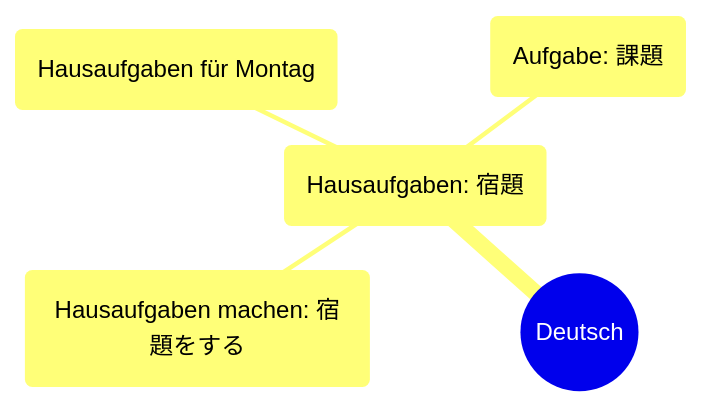
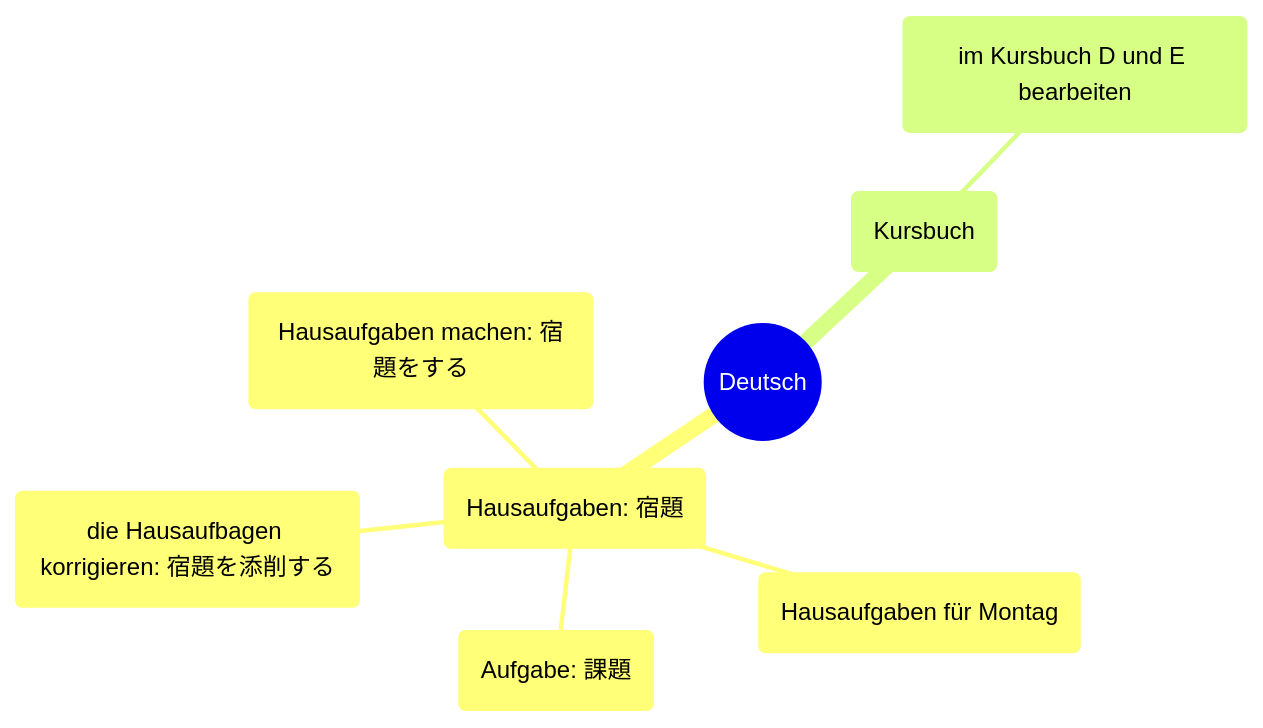
Before and after one commit to hyonsoku/mindmap: the first of 6 diagrams in Dutesch/deutsch.md, drawn with Mermaid. The commit also changed other lines of this file and 1 other file, not shown here.

Commit message:
Update from the message of Lena

````diff
--- a/Dutesch/deutsch.md
+++ b/Dutesch/deutsch.md
@@ -1,8 +1,11 @@
 ```mermaid
 mindmap
     root((Deutsch))
         (Hausaufgaben: 宿題)
             (Hausaufgaben machen: 宿題をする)
             (Hausaufgaben für Montag)
             (Aufgabe: 課題)
+            (die Hausaufbagen korrigieren: 宿題を添削する)
+        (Kursbuch)
+            (im Kursbuch D und E bearbeiten)
 ```
````
